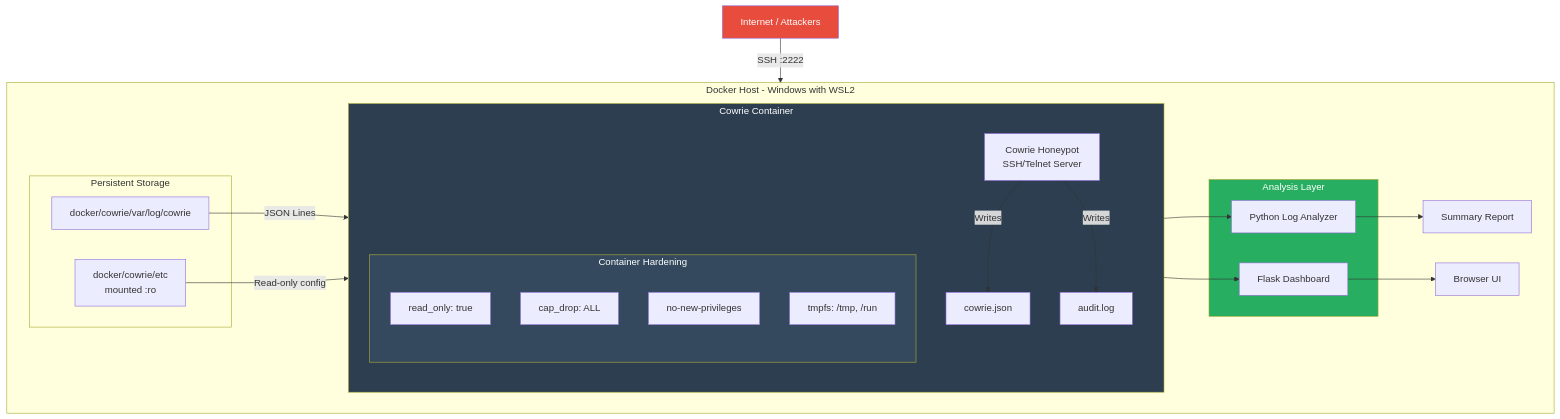
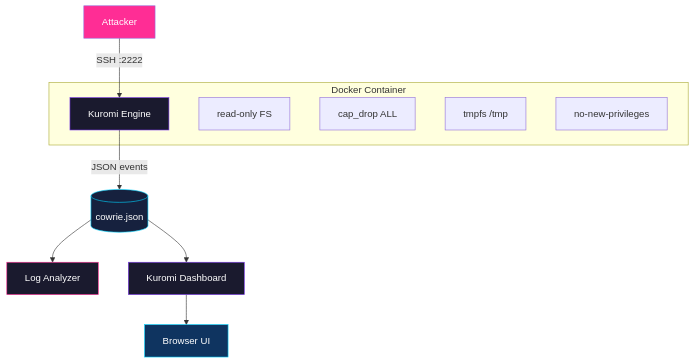
Before and after one commit to shwetakanth09/honeypot-project: the diagram in docs/architecture.md, drawn with Mermaid. The commit also changed other lines of this file and 3 other files, not shown here.

First line of the commit message:
feat: rebrand to Kuromi with cyberpunk dashboard redesign

````diff
--- a/docs/architecture.md
+++ b/docs/architecture.md
@@ -5,43 +5,23 @@
 ```mermaid
 graph TB
-    Internet[Internet / Attackers] -->|SSH :2222| DockerHost[Docker Host]
+    A[Attacker] -->|SSH :2222| B[Kuromi Engine]
+    B -->|JSON events| C[(cowrie.json)]
+    C --> D[Log Analyzer]
+    C --> E[Kuromi Dashboard]
+    E --> F[Browser UI]
 
-    subgraph DockerHost[Docker Host - Windows with WSL2]
-        subgraph Container[Cowrie Container]
-            direction TB
-            Cowrie[Cowrie Honeypot<br/>SSH/Telnet Server]
-            Cowrie -->|Writes| LogFile[cowrie.json]
-            Cowrie -->|Writes| AuditLog[audit.log]
-
-            subgraph Security[Container Hardening]
-                RO[read_only: true]
-                CD[cap_drop: ALL]
-                NP[no-new-privileges]
-                Tmp[tmpfs: /tmp, /run]
-            end
-        end
-
-        subgraph Volumes[Persistent Storage]
-            LogDir[docker/cowrie/var/log/cowrie]
-            ConfigDir[docker/cowrie/etc<br/>mounted :ro]
-        end
-
-        subgraph Analysis[Analysis Layer]
-            Analyzer[Python Log Analyzer]
-            Dashboard[Flask Dashboard]
-        end
-
-        LogFile --> Analyzer
-        LogFile --> Dashboard
-        Analyzer --> Report[Summary Report]
-        Dashboard --> Browser[Browser UI]
+    subgraph Docker Container
+        B
+        G[read-only FS]
+        H[cap_drop ALL]
+        I[tmpfs /tmp]
+        J[no-new-privileges]
     end
 
-    LogDir -->|JSON Lines| LogFile
-    ConfigDir -->|Read-only config| Cowrie
-
-    style Internet fill:#e74c3c,color:#fff
-    style Container fill:#2c3e50,color:#fff
-    style Security fill:#34495e,color:#fff
-    style Analysis fill:#27ae60,color:#fff
+    style A fill:#ff2d95,color:#fff
+    style B fill:#1a1a2e,color:#fff,stroke:#7c3aed
+    style C fill:#16213e,color:#fff,stroke:#00d4ff
+    style D fill:#1a1a2e,color:#fff,stroke:#ff2d95
+    style E fill:#1a1a2e,color:#fff,stroke:#7c3aed
+    style F fill:#0f3460,color:#fff,stroke:#00d4ff
 ```
````
